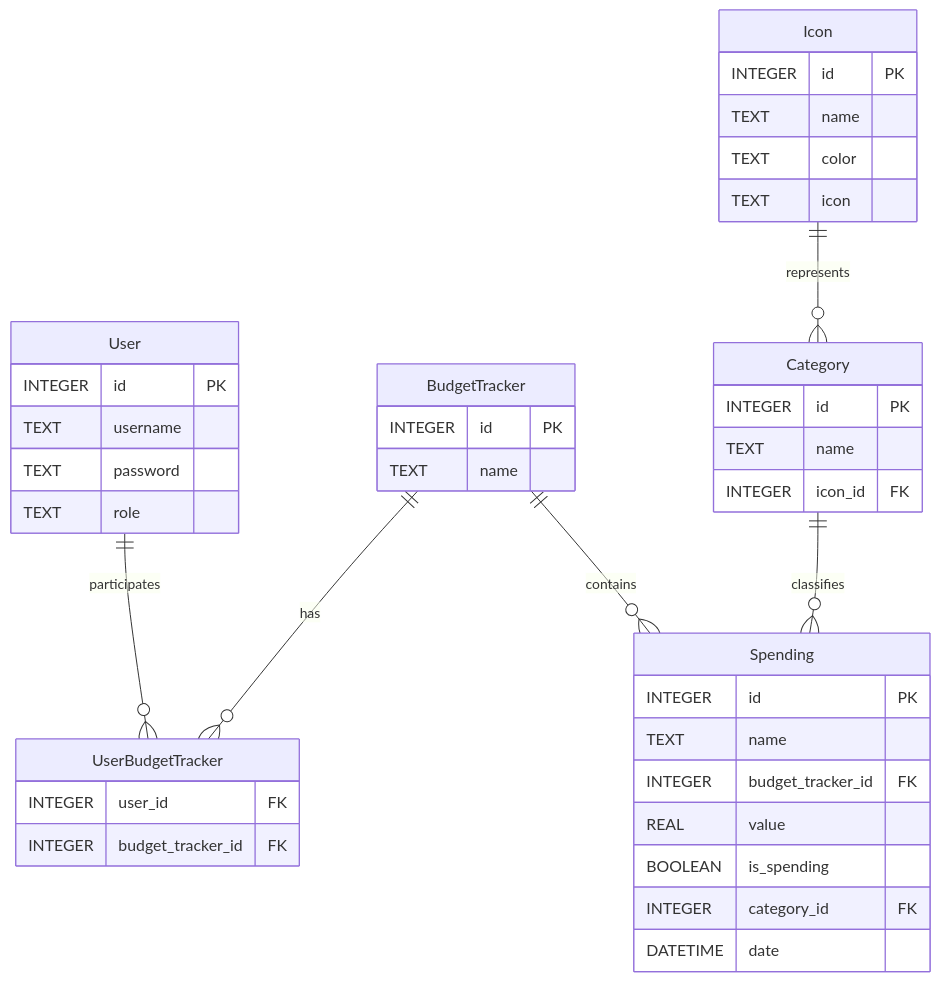
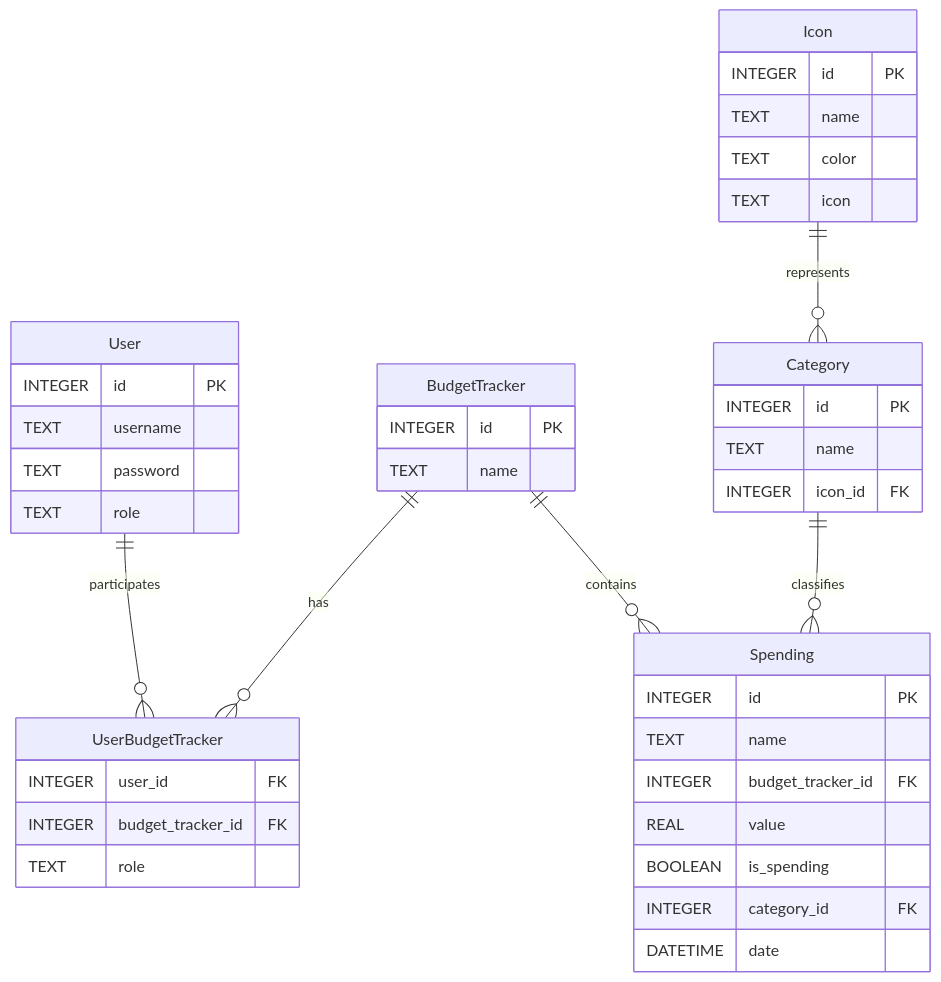
The diagram in README.md (EDM115/spendly), drawn with Mermaid before and after one commit. The commit also changed other lines of this file and 22 other files, not shown here.

Commit message:
feat(0.1.0): working-ish PoC - actual components with budgets selector, table, filtering & sorting, charts, rights, categories and more - fixed the annoying "disconnect" issue - hardened docker images

````diff
--- a/README.md
+++ b/README.md
@@ -6,48 +6,49 @@
 ```mermaid
 erDiagram
   User {
     INTEGER id PK
     TEXT username
     TEXT password
     TEXT role
   }
 
   Icon {
     INTEGER id PK
     TEXT name
     TEXT color
     TEXT icon
   }
 
   BudgetTracker {
     INTEGER id PK
     TEXT name
   }
 
   UserBudgetTracker {
     INTEGER user_id FK
     INTEGER budget_tracker_id FK
+    TEXT role
   }
 
   Category {
     INTEGER id PK
     TEXT name
     INTEGER icon_id FK
   }
 
   Spending {
     INTEGER id PK
     TEXT name
     INTEGER budget_tracker_id FK
     REAL value
     BOOLEAN is_spending
     INTEGER category_id FK
     DATETIME date
   }
 
   User ||--o{ UserBudgetTracker : participates
   BudgetTracker ||--o{ UserBudgetTracker : has
   BudgetTracker ||--o{ Spending : contains
   Category ||--o{ Spending : classifies
   Icon ||--o{ Category : represents
 ```
````
